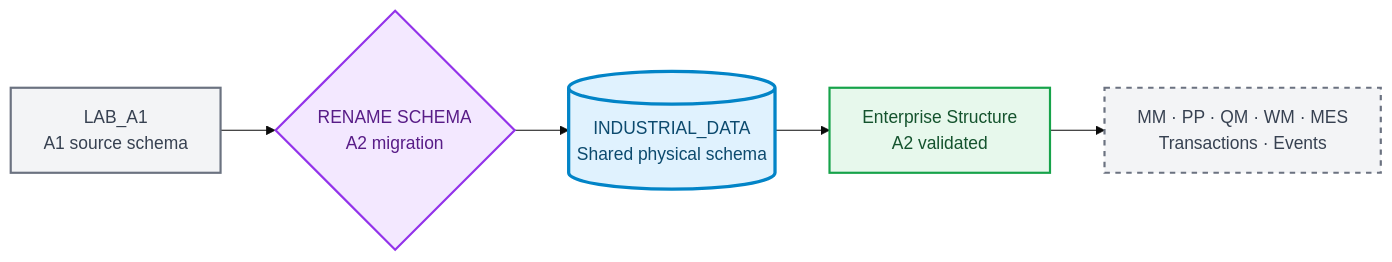
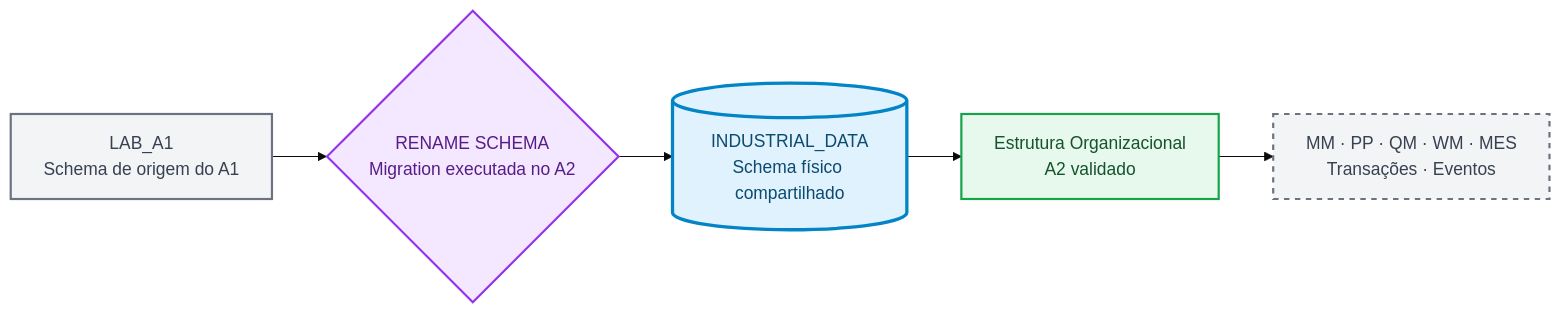
Before and after one commit to OrlandoCaetano2026/SAP_HANA_Cloud_Data_Engineering_Learning: the first of 2 diagrams in Industrial-Data-Universe/Blueprint/BR/industrial-data-universe-blueprint.md, drawn with Mermaid (base theme). The commit also changed other lines of this file, not shown here.

Commit message:
Improve Portuguese localization of Industrial Data Universe blueprint

````diff
--- a/Industrial-Data-Universe/Blueprint/BR/industrial-data-universe-blueprint.md
+++ b/Industrial-Data-Universe/Blueprint/BR/industrial-data-universe-blueprint.md
@@ -25,14 +29,14 @@
 ```mermaid
 flowchart LR
-    OLD["LAB_A1<br/>A1 source schema"]:::previous
-    MIG{"RENAME SCHEMA<br/>A2 migration"}:::migration
-    NEW[("INDUSTRIAL_DATA<br/>Shared physical schema")]:::current
-    ES["Enterprise Structure<br/>A2 validated"]:::done
-    FUT["MM · PP · QM · WM · MES<br/>Transactions · Events"]:::future
+    OLD["LAB_A1<br/>Schema de origem do A1"]:::previous
+    MIG{"RENAME SCHEMA<br/>Migration executada no A2"}:::migration
+    NEW[("INDUSTRIAL_DATA<br/>Schema físico compartilhado")]:::current
+    ES["Estrutura Organizacional<br/>A2 validado"]:::done
+    FUT["MM · PP · QM · WM · MES<br/>Transações · Eventos"]:::future
     OLD --> MIG --> NEW --> ES --> FUT
     classDef previous fill:#F3F4F6,stroke:#6B7280,color:#374151,stroke-width:2px;
     classDef migration fill:#F3E8FF,stroke:#9333EA,color:#581C87,stroke-width:2px;
     classDef current fill:#E0F2FE,stroke:#0284C7,color:#0C4A6E,stroke-width:3px;
     classDef done fill:#E7F8EC,stroke:#16A34A,color:#14532D,stroke-width:2px;
     classDef future fill:#F3F4F6,stroke:#6B7280,color:#374151,stroke-width:2px,stroke-dasharray:5 5;
 ```
````
